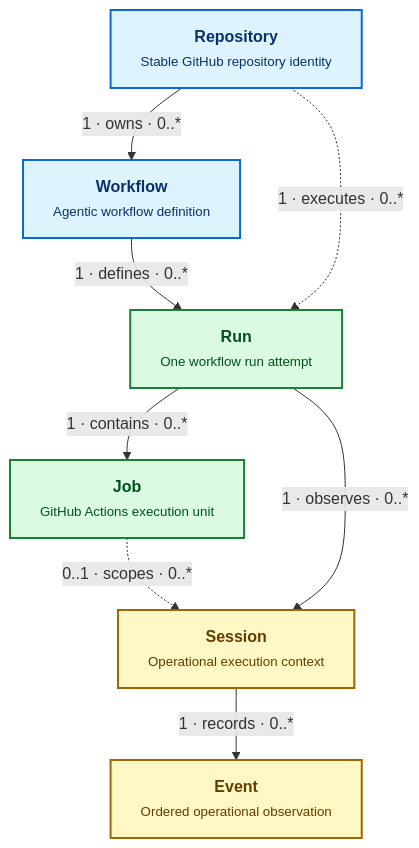
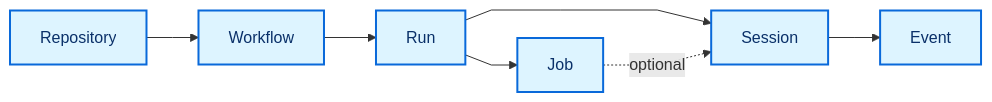
Before and after one commit to githubnext/gh-aw-cao: the diagram in docs/dashboard-data-model.md, drawn with Mermaid. The commit also changed other lines of this file and 12 other files, not shown here.

````diff
--- a/docs/dashboard-data-model.md
+++ b/docs/dashboard-data-model.md
@@ -81,25 +12,10 @@
 ```mermaid
-%%{init: {"flowchart": {"curve": "basis", "nodeSpacing": 56, "rankSpacing": 48}}}%%
-flowchart TB
-    repository["<b>Repository</b><br/><small>Stable GitHub repository identity</small>"]
-    workflow["<b>Workflow</b><br/><small>Agentic workflow definition</small>"]
-    run["<b>Run</b><br/><small>One workflow run attempt</small>"]
-    job["<b>Job</b><br/><small>GitHub Actions execution unit</small>"]
-    session["<b>Session</b><br/><small>Operational execution context</small>"]
-    event["<b>Event</b><br/><small>Ordered operational observation</small>"]
+%%{init: {"flowchart": {"curve": "linear", "nodeSpacing": 36, "rankSpacing": 52}}}%%
+flowchart LR
+  repository["Repository"] --> workflow["Workflow"] --> run["Run"] --> session["Session"] --> event["Event"]
+  run --> job["Job"]
+  job -. optional .-> session
 
-    repository -- "1 · owns · 0..*" --> workflow
-    workflow -- "1 · defines · 0..*" --> run
-    repository -. "1 · executes · 0..*" .-> run
-    run -- "1 · contains · 0..*" --> job
-    job -. "0..1 · scopes · 0..*" .-> session
-    run -- "1 · observes · 0..*" --> session
-    session -- "1 · records · 0..*" --> event
-
-    classDef ownership fill:#ddf4ff,stroke:#0969da,color:#0a3069,stroke-width:2px
-    classDef execution fill:#dafbe1,stroke:#1a7f37,color:#044f1e,stroke-width:2px
-    classDef telemetry fill:#fff8c5,stroke:#9a6700,color:#633c01,stroke-width:2px
-    class repository,workflow ownership
-    class run,job execution
-    class session,event telemetry
+  classDef entity fill:#ddf4ff,stroke:#0969da,color:#0a3069,stroke-width:2px
+  class repository,workflow,run,job,session,event entity
 ```
````
